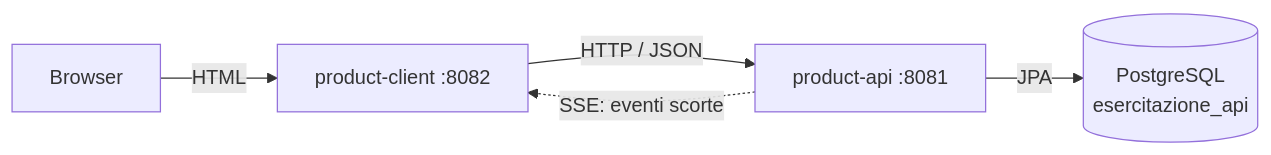
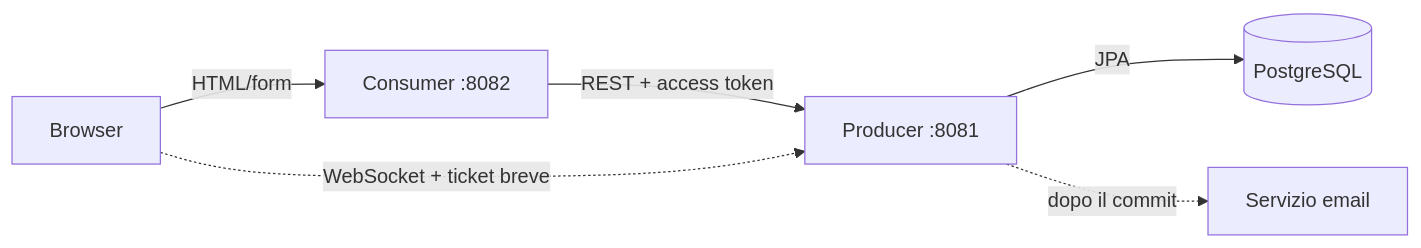
One commit to MatteoCharrierITS/Java-esercitazione-spring-api changed the first of 3 diagrams in docs/02-architettura.md. Above: the diagram before and after it, drawn with Mermaid. The commit also changed other lines of this file and 50 other files, not shown here.

````diff
--- a/docs/02-architettura.md
+++ b/docs/02-architettura.md
@@ -5,7 +5,8 @@
 ```mermaid
 flowchart LR
-    B[Browser] -->|HTML| C[product-client :8082]
-    C -->|HTTP / JSON| P[product-api :8081]
-    P -.->|SSE: eventi scorte| C
-    P -->|JPA| D[(PostgreSQL<br/>esercitazione_api)]
+    B[Browser] -->|HTML/form| C[Consumer :8082]
+    C -->|REST + access token| P[Producer :8081]
+    B -.->|WebSocket + ticket breve| P
+    P -->|JPA| D[(PostgreSQL)]
+    P -.->|dopo il commit| M[Servizio email]
 ```
````
